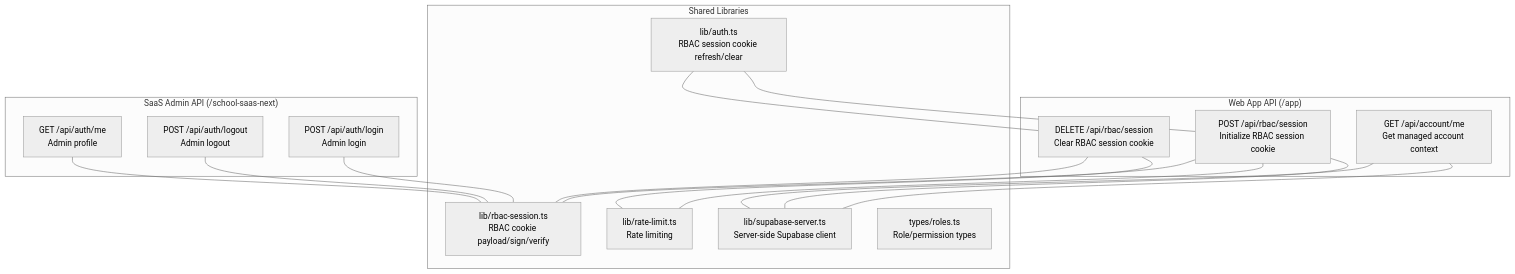
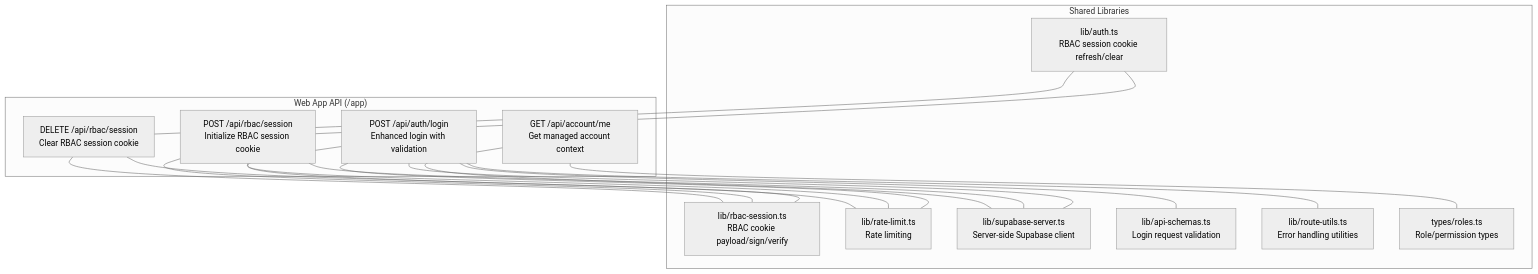
The first of 6 diagrams in .qoder/repowiki/en/content/API Reference/Authentication API.md (mustafaalkusaj/appschoolmustafa2002), drawn with Mermaid (neutral theme) before and after one commit. The commit also changed other lines of this file and 32884 other files, not shown here.

````diff
--- a/.qoder/repowiki/en/content/API Reference/Authentication API.md
+++ b/.qoder/repowiki/en/content/API Reference/Authentication API.md
@@ -41,32 +51,32 @@
 ```mermaid
 graph TB
 subgraph "Web App API (/app)"
-A1["POST /api/rbac/session<br/>Initialize RBAC session cookie"]
-A2["DELETE /api/rbac/session<br/>Clear RBAC session cookie"]
-A3["GET /api/account/me<br/>Get managed account context"]
-end
-subgraph "SaaS Admin API (/school-saas-next)"
-S1["POST /api/auth/login<br/>Admin login"]
-S2["POST /api/auth/logout<br/>Admin logout"]
-S3["GET /api/auth/me<br/>Admin profile"]
+A1["POST /api/auth/login<br/>Enhanced login with validation"]
+A2["POST /api/rbac/session<br/>Initialize RBAC session cookie"]
+A3["DELETE /api/rbac/session<br/>Clear RBAC session cookie"]
+A4["GET /api/account/me<br/>Get managed account context"]
 end
 subgraph "Shared Libraries"
 L1["lib/rbac-session.ts<br/>RBAC cookie payload/sign/verify"]
 L2["lib/auth.ts<br/>RBAC session cookie refresh/clear"]
 L3["lib/rate-limit.ts<br/>Rate limiting"]
 L4["lib/supabase-server.ts<br/>Server-side Supabase client"]
-L5["types/roles.ts<br/>Role/permission types"]
+L5["lib/api-schemas.ts<br/>Login request validation"]
+L6["lib/route-utils.ts<br/>Error handling utilities"]
+L7["types/roles.ts<br/>Role/permission types"]
 end
 A1 --- L1
+A1 --- L3
+A1 --- L4
+A1 --- L5
+A1 --- L6
 A2 --- L1
-A3 --- L4
-S1 --- L1
-S2 --- L1
-S3 --- L1
-A1 --- L3
 A2 --- L3
-A1 --- L4
-A3 --- L4
-L2 --- A1
+A2 --- L4
+A3 --- L1
+A3 --- L3
+A4 --- L4
+A4 --- L7
 L2 --- A2
+L2 --- A3
 ```
````
